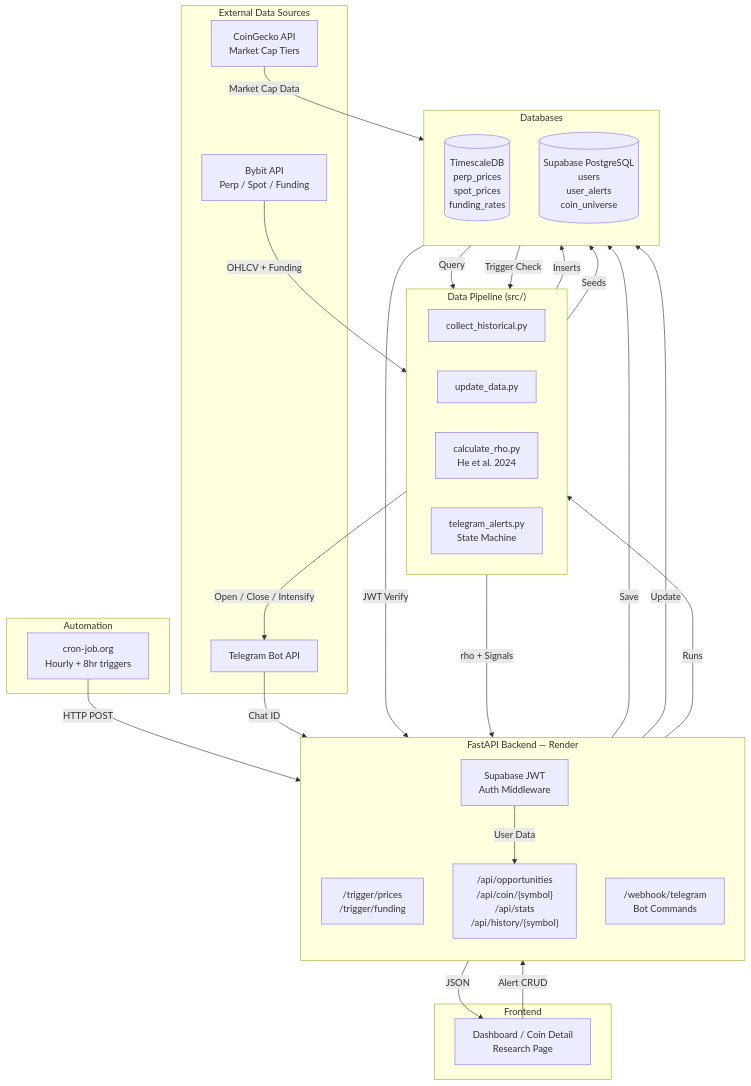
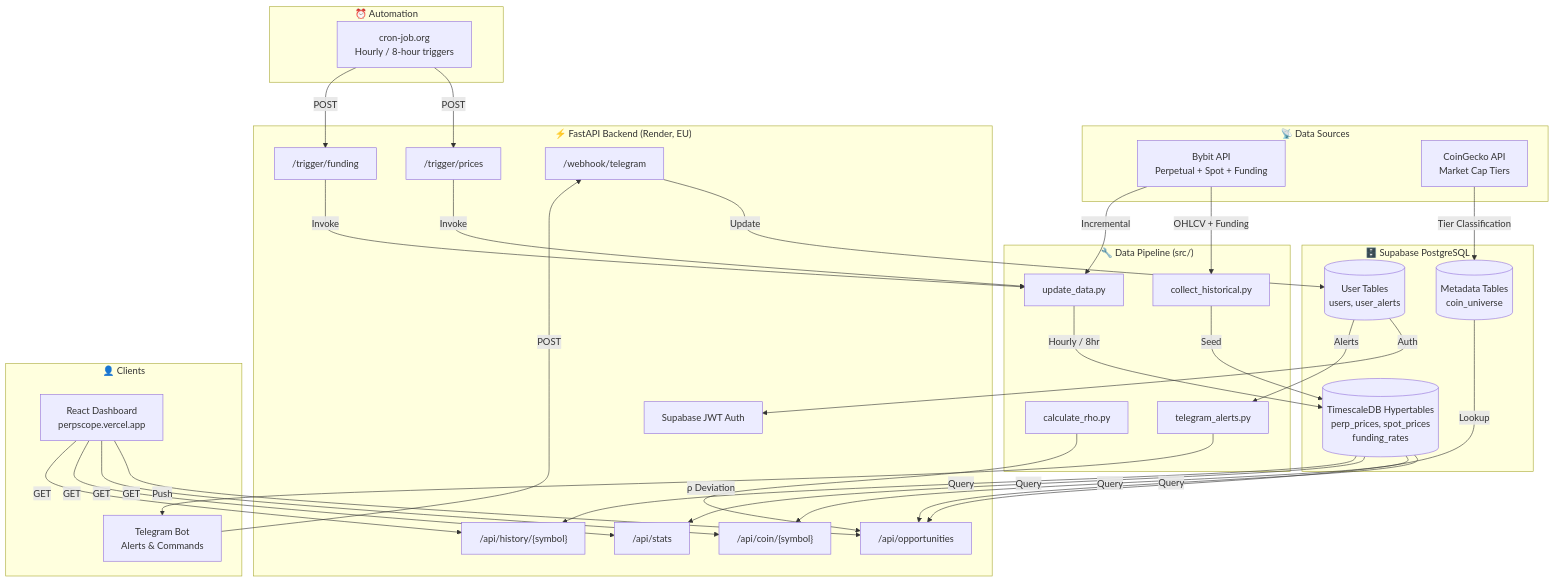
The diagram in README.md (Pointbr8ker-123/PerpScope), drawn with Mermaid before and after one commit.

````diff
--- a/README.md
+++ b/README.md
@@ -62,61 +62,68 @@
 ```mermaid
 flowchart TB
-    subgraph Sources["External Data Sources"]
-        Bybit["Bybit API<br/>Perp / Spot / Funding"]
-        CoinGecko["CoinGecko API<br/>Market Cap Tiers"]
-        TelegramAPI["Telegram Bot API"]
+    subgraph Sources["📡 Data Sources"]
+        B[Bybit API<br/>Perpetual + Spot + Funding]
+        C[CoinGecko API<br/>Market Cap Tiers]
     end
 
-    subgraph Triggers["Automation"]
-        Cron["cron-job.org<br/>Hourly + 8hr triggers"]
+    subgraph Automation["⏰ Automation"]
+        CRON[cron-job.org<br/>Hourly / 8-hour triggers]
     end
 
-    subgraph Backend["FastAPI Backend — Render"]
-        direction TB
-        Auto["/trigger/prices<br/>/trigger/funding"]
-        DataEP["/api/opportunities<br/>/api/coin/{symbol}<br/>/api/stats<br/>/api/history/{symbol}"]
-        Auth["Supabase JWT<br/>Auth Middleware"]
-        Webhook["/webhook/telegram<br/>Bot Commands"]
+    subgraph Backend["⚡ FastAPI Backend (Render, EU)"]
+        T1["/trigger/prices"]
+        T2["/trigger/funding"]
+        E1["/api/opportunities"]
+        E2["/api/coin/{symbol}"]
+        E3["/api/stats"]
+        E4["/api/history/{symbol}"]
+        E5["/webhook/telegram"]
+        AUTH["Supabase JWT Auth"]
     end
 
-    subgraph Pipeline["Data Pipeline (src/)"]
-        direction LR
-        Collect["collect_historical.py"]
-        Update["update_data.py"]
-        Rho["calculate_rho.py<br/>He et al. 2024"]
-        Alerts["telegram_alerts.py<br/>State Machine"]
+    subgraph Pipeline["🔧 Data Pipeline (src/)"]
+        HIST[collect_historical.py]
+        INC[update_data.py]
+        RHO[calculate_rho.py]
+        ALERT[telegram_alerts.py]
     end
 
-    subgraph Databases["Databases"]
-        direction TB
-        TSDB[("TimescaleDB<br/>perp_prices<br/>spot_prices<br/>funding_rates")]
-        Supabase[("Supabase PostgreSQL<br/>users<br/>user_alerts<br/>coin_universe")]
+    subgraph Database["🗄️ Supabase PostgreSQL"]
+        TS[(TimescaleDB Hypertables<br/>perp_prices, spot_prices<br/>funding_rates)]
+        META[(Metadata Tables<br/>coin_universe)]
+        USER[(User Tables<br/>users, user_alerts)]
     end
 
-    subgraph Frontend["Frontend"]
-        User["Dashboard / Coin Detail<br/>Research Page"]
+    subgraph Clients["👤 Clients"]
+        FE[React Dashboard<br/>perpscope.vercel.app]
+        TG[Telegram Bot<br/>Alerts & Commands]
     end
 
-    Bybit -->|"OHLCV + Funding"| Update
-    CoinGecko -->|"Market Cap Data"| Supabase
-    Cron -->|"HTTP POST"| Auto
-    Auto -->|"Runs"| Update
-    Update -->|"Inserts"| TSDB
-    Collect -->|"Seeds"| TSDB
-    
-    TSDB -->|"Query"| Rho
-    Rho -->|"rho + Signals"| DataEP
-    DataEP -->|"JSON"| User
-    
-    Supabase -->|"JWT Verify"| Auth
-    Auth -->|"User Data"| DataEP
-    
-    Alerts -->|"Open / Close / Intensify"| TelegramAPI
-    TSDB -->|"Trigger Check"| Alerts
-    
-    User -->|"Alert CRUD"| DataEP
-    DataEP -->|"Save"| Supabase
-    
-    TelegramAPI -->|"Chat ID"| Webhook
-    Webhook -->|"Update"| Supabase
+    B -->|OHLCV + Funding| HIST
+    B -->|Incremental| INC
+    C -->|Tier Classification| META
+    HIST -->|Seed| TS
+    INC -->|Hourly / 8hr| TS
+    RHO -->|ρ Deviation| E1
+    ALERT -->|Push| TG
+
+    CRON -->|POST| T1
+    CRON -->|POST| T2
+    T1 -->|Invoke| INC
+    T2 -->|Invoke| INC
+
+    TS -->|Query| E1
+    TS -->|Query| E2
+    TS -->|Query| E3
+    TS -->|Query| E4
+    META -->|Lookup| E1
+    USER -->|Auth| AUTH
+    USER -->|Alerts| ALERT
+
+    FE -->|GET| E1
+    FE -->|GET| E2
+    FE -->|GET| E3
+    FE -->|GET| E4
+    TG -->|POST| E5
+    E5 -->|Update| USER
 ```
````
